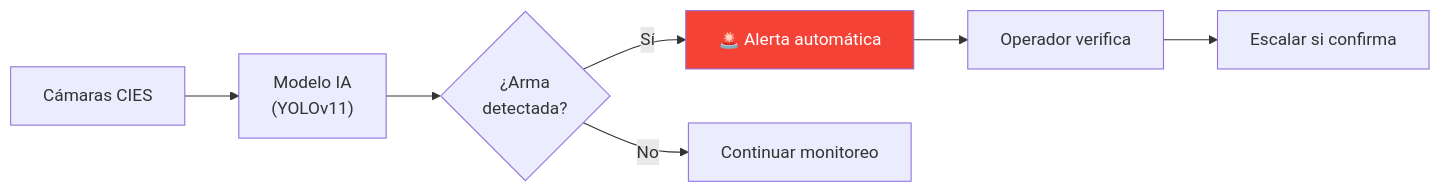
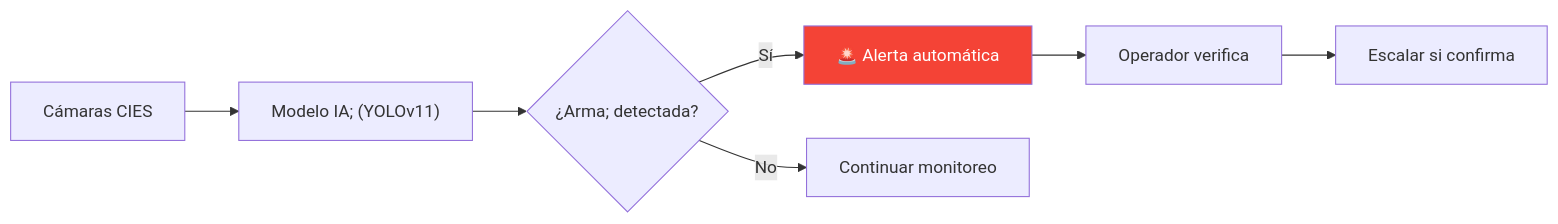
Before and after one commit to felix-antonio-sl/kora: the sixth of 8 diagrams in drafts/gn/bpmn/bpmn-d09-cies-sitia.md, drawn with Mermaid. The commit also changed other lines of this file and 265 other files, not shown here.

````diff
--- a/drafts/gn/bpmn/bpmn-d09-cies-sitia.md
+++ b/drafts/gn/bpmn/bpmn-d09-cies-sitia.md
@@ -217,10 +254,11 @@
 ```mermaid
 flowchart LR
-    A["Cámaras CIES"] --> B["Modelo IA<br/>(YOLOv11)"]
-    B --> C{"¿Arma<br/>detectada?"}
-    C -->|"Sí"| D["🚨 Alerta automática"]
-    C -->|"No"| E["Continuar monitoreo"]
-    D --> F["Operador verifica"]
-    F --> G["Escalar si confirma"]
-    style D fill:#f44336,color:#fff
+ A["Cámaras CIES"] --> B["Modelo IA; (YOLOv11)"]
+ B --> C{"¿Arma; detectada?"}
+ C -->|"Sí"| D["🚨 Alerta automática"]
+ C -->|"No"| E["Continuar monitoreo"]
+ D --> F["Operador verifica"]
+ F --> G["Escalar si confirma"]
+
+ style D fill:#f44336,color:#fff
 ```
````
